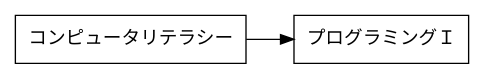
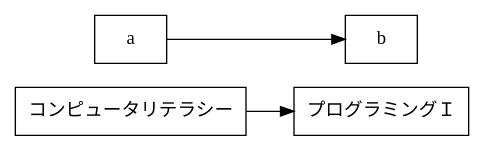
One commit to DCS-1-301-02/graph changed the first of 4 diagrams in exercise.md. Above: the diagram before and after it, drawn with Graphviz. The commit also changed 2 other files, not shown here.

Commit message:
fix some errors

````diff
--- a/exercise.md
+++ b/exercise.md
@@ -9,9 +9,10 @@
 ```graphviz {code_block}
 digraph {
     rankdir = "LR";
     node [shape=box];
 
     コンピュータリテラシー -> 
     プログラミングＩ;
+    a -> b
 }
 ```
````
